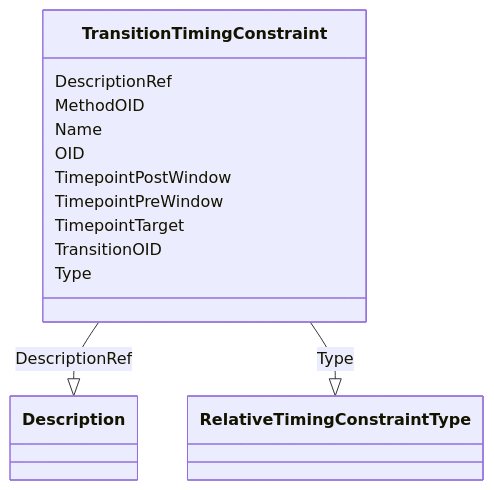
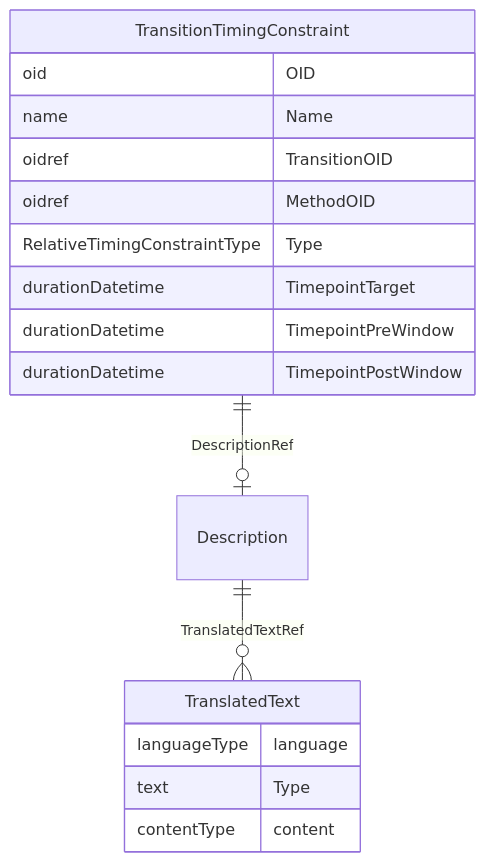
Before and after one commit to cdisc-org/DataExchange-ODM-LinkML: the diagram in docs/TransitionTimingConstraint.md, drawn with Mermaid. The commit also changed other lines of this file and 181 other files, not shown here.

Commit message:
ER diagrams working via templates and removing names with underscores

````diff
--- a/docs/TransitionTimingConstraint.md
+++ b/docs/TransitionTimingConstraint.md
@@ -14,27 +11,25 @@
 ```mermaid
- classDiagram
-    class TransitionTimingConstraint
-      TransitionTimingConstraint : DescriptionRef
-        
-          TransitionTimingConstraint --|> Description : DescriptionRef
-        
-      TransitionTimingConstraint : MethodOID
-        
-      TransitionTimingConstraint : Name
-        
-      TransitionTimingConstraint : OID
-        
-      TransitionTimingConstraint : TimepointPostWindow
-        
-      TransitionTimingConstraint : TimepointPreWindow
-        
-      TransitionTimingConstraint : TimepointTarget
-        
-      TransitionTimingConstraint : TransitionOID
-        
-      TransitionTimingConstraint : Type
-        
-          TransitionTimingConstraint --|> RelativeTimingConstraintType : Type
-        
-      
+erDiagram
+TransitionTimingConstraint {
+    oid OID  
+    name Name  
+    oidref TransitionOID  
+    oidref MethodOID  
+    RelativeTimingConstraintType Type  
+    durationDatetime TimepointTarget  
+    durationDatetime TimepointPreWindow  
+    durationDatetime TimepointPostWindow  
+}
+Description {
+
+}
+TranslatedText {
+    languageType language  
+    text Type  
+    contentType content  
+}
+
+TransitionTimingConstraint ||--|o Description : "DescriptionRef"
+Description ||--}o TranslatedText : "TranslatedTextRef"
+
 ```
````
